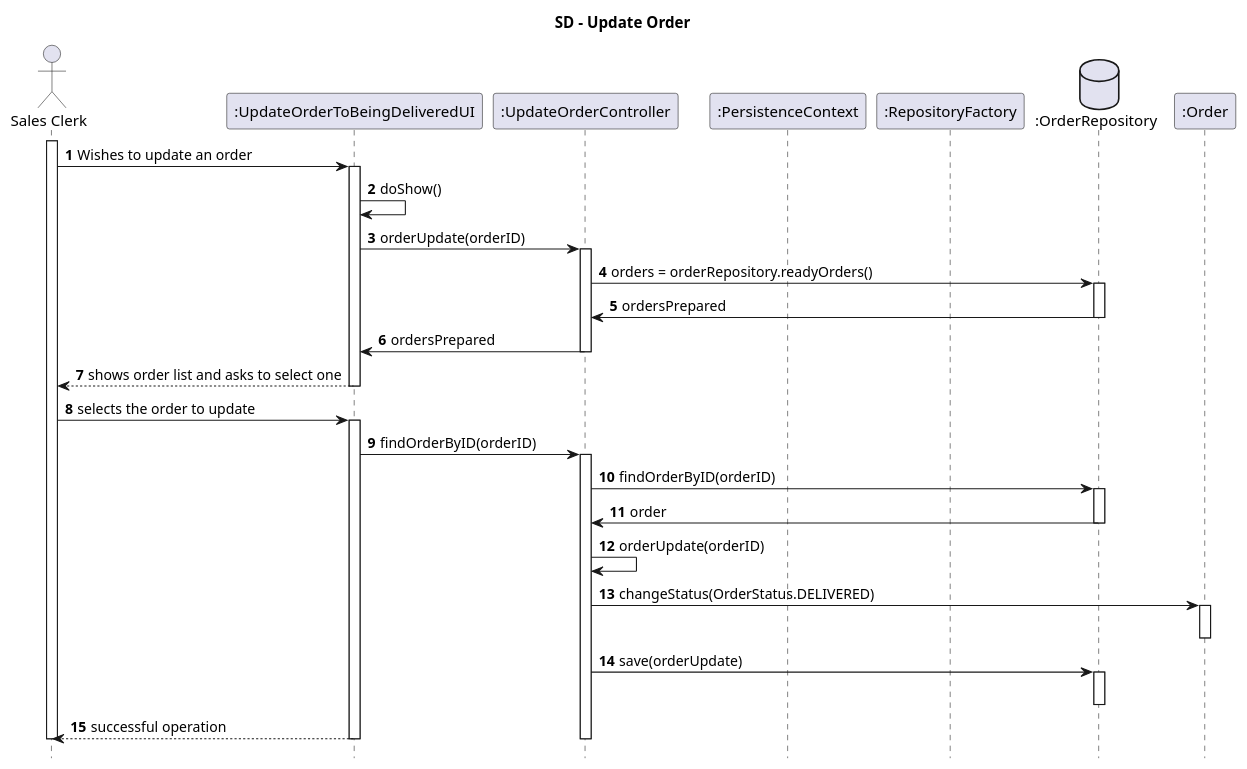
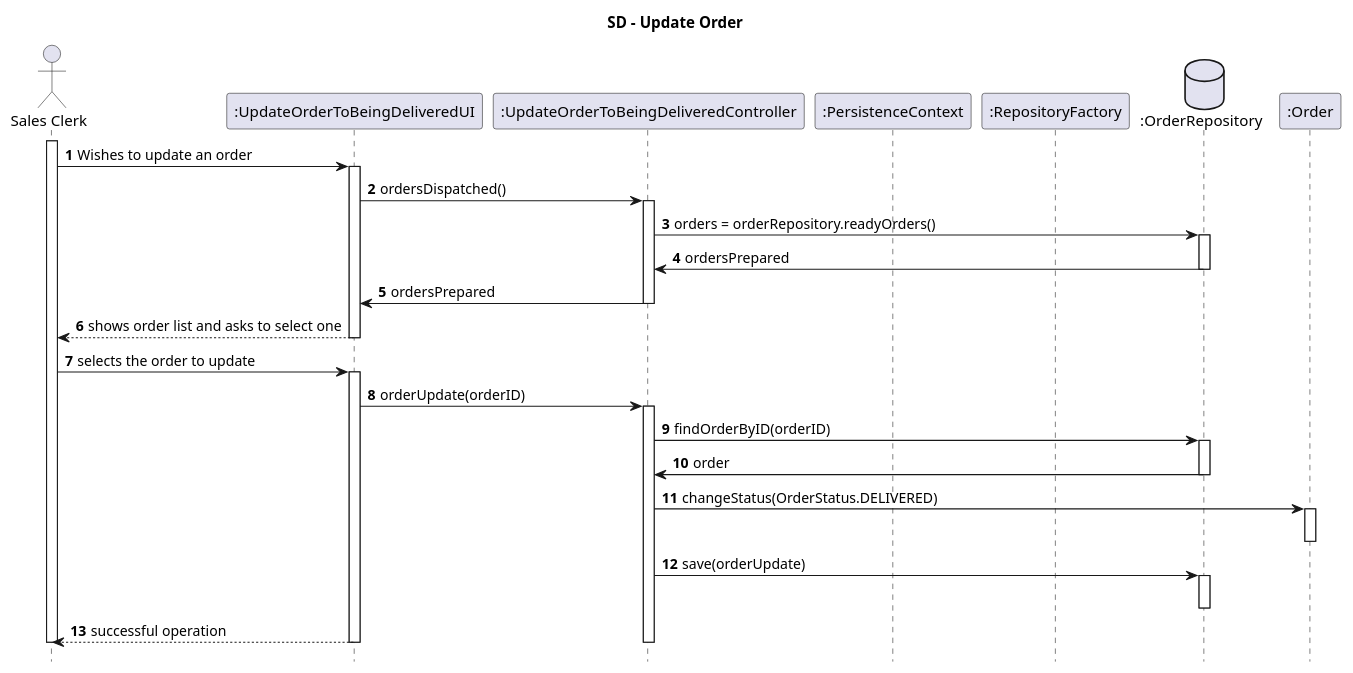
The diagram in Documentação/1190679/US1006/US1006_SD.puml (1190772/LAB-Project-4), drawn with PlantUML before and after one commit. The commit also changed 3 other files, not shown here.

```diff
--- a/Documentação/1190679/US1006/US1006_SD.puml
+++ b/Documentação/1190679/US1006/US1006_SD.puml
@@ -1,57 +1,53 @@
 @startuml
 autonumber
 hide footbox
 
 title SD - Update Order
 
         actor "Sales Clerk" as sc
 		participant ":UpdateOrderToBeingDeliveredUI" as ui
-		participant ":UpdateOrderController" as ctrl
+		participant ":UpdateOrderToBeingDeliveredController" as ctrl
 		participant ":PersistenceContext" as pc
 		participant ":RepositoryFactory" as rf
 		database ":OrderRepository" as repoPC
         participant ":Order" as prod
         activate sc
 
         sc -> ui: Wishes to update an order
         activate ui
-		ui->ui:doShow()
-        		ui->ctrl:orderUpdate(orderID)
+        		ui->ctrl:ordersDispatched()
         		activate ctrl
 
         		ctrl->repoPC:orders = orderRepository.readyOrders()
         		activate repoPC
         		repoPC->ctrl: ordersPrepared
         		deactivate repoPC
         		ctrl->ui: ordersPrepared
         		deactivate ctrl
         		ui --> sc :  shows order list and asks to select one
         		deactivate ui
         		sc -> ui : selects the order to update
         		activate ui
-        		ui->ctrl: findOrderByID(orderID)
+        		ui->ctrl: orderUpdate(orderID)
         		activate ctrl
         		ctrl -> repoPC: findOrderByID(orderID)
         		activate repoPC
         		repoPC->ctrl: order
         		deactivate repoPC
 
-
-        		ctrl->ctrl: orderUpdate(orderID)
         		ctrl -> prod : changeStatus(OrderStatus.DELIVERED)
         		activate prod
         		deactivate prod
-
 
         		ctrl->repoPC:save(orderUpdate)
         		activate repoPC
         		deactivate repoPC
         		ui --> sc: successful operation
         		deactivate ctrl
         		deactivate ui
         		deactivate sc
 
 
 
 
 @enduml
```
